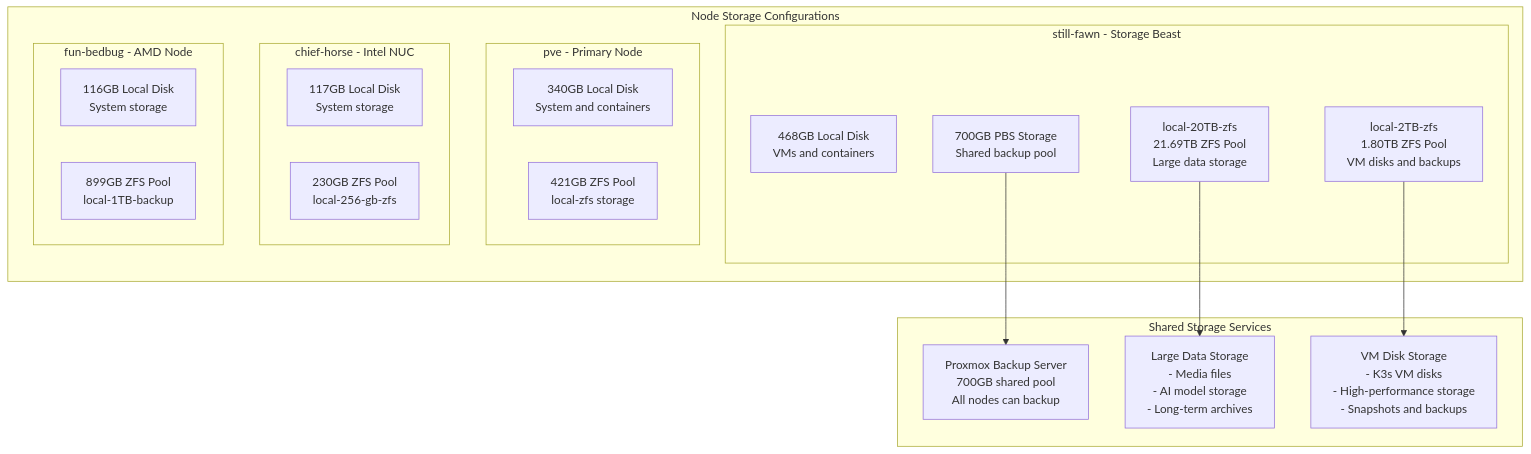
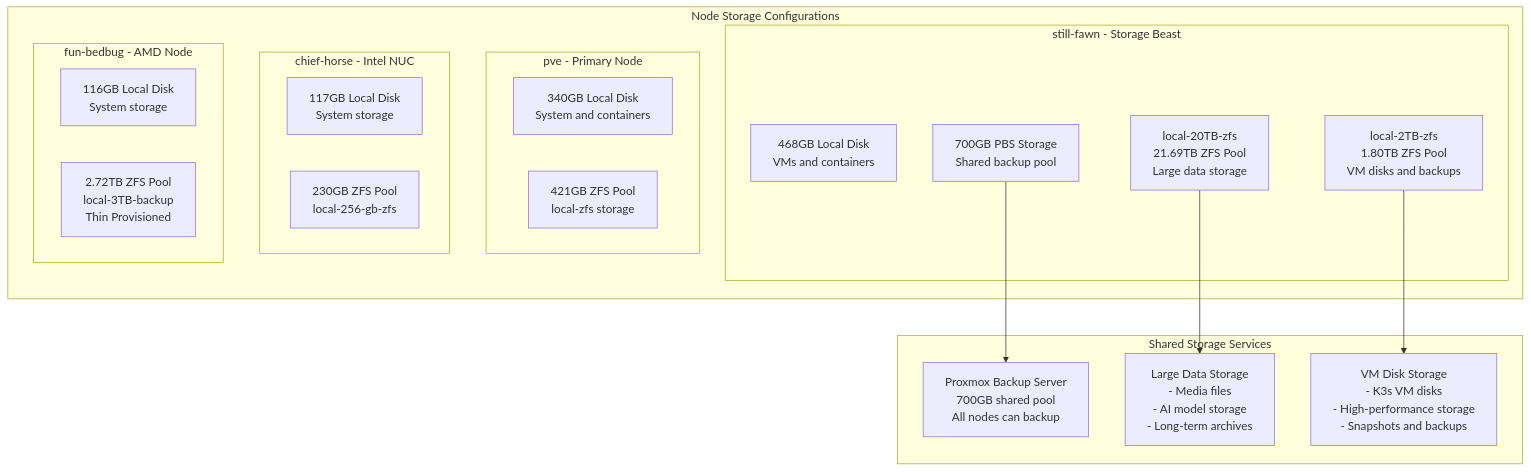
The fourth of 5 diagrams in docs/source/md/proxmox-infrastructure-guide.md (homeiac/home), drawn with Mermaid before and after one commit. The commit also changed other lines of this file and 18 other files, not shown here.

````diff
--- a/docs/source/md/proxmox-infrastructure-guide.md
+++ b/docs/source/md/proxmox-infrastructure-guide.md
@@ -336,34 +335,34 @@
 ```mermaid
 graph TB
     subgraph "Node Storage Configurations"
         subgraph "still-fawn - Storage Beast"
             sf_local[468GB Local Disk<br/>VMs and containers]
             sf_20tb[local-20TB-zfs<br/>21.69TB ZFS Pool<br/>Large data storage]
             sf_2tb[local-2TB-zfs<br/>1.80TB ZFS Pool<br/>VM disks and backups]
             sf_pbs[700GB PBS Storage<br/>Shared backup pool]
         end
         
         subgraph "pve - Primary Node"
             pve_local[340GB Local Disk<br/>System and containers]
             pve_zfs[421GB ZFS Pool<br/>local-zfs storage]
         end
         
         subgraph "chief-horse - Intel NUC"
             ch_local[117GB Local Disk<br/>System storage]
             ch_zfs[230GB ZFS Pool<br/>local-256-gb-zfs]
         end
         
         subgraph "fun-bedbug - AMD Node"  
             fb_local[116GB Local Disk<br/>System storage]
-            fb_zfs[899GB ZFS Pool<br/>local-1TB-backup]
+            fb_zfs[2.72TB ZFS Pool<br/>local-3TB-backup<br/>Thin Provisioned]
         end
     end
     
     subgraph "Shared Storage Services"
         sf_pbs --> pbs_shared[Proxmox Backup Server<br/>700GB shared pool<br/>All nodes can backup]
         
         sf_20tb --> large_data[Large Data Storage<br/>- Media files<br/>- AI model storage<br/>- Long-term archives]
         
         sf_2tb --> vm_storage[VM Disk Storage<br/>- K3s VM disks<br/>- High-performance storage<br/>- Snapshots and backups]
     end
 ```
````
